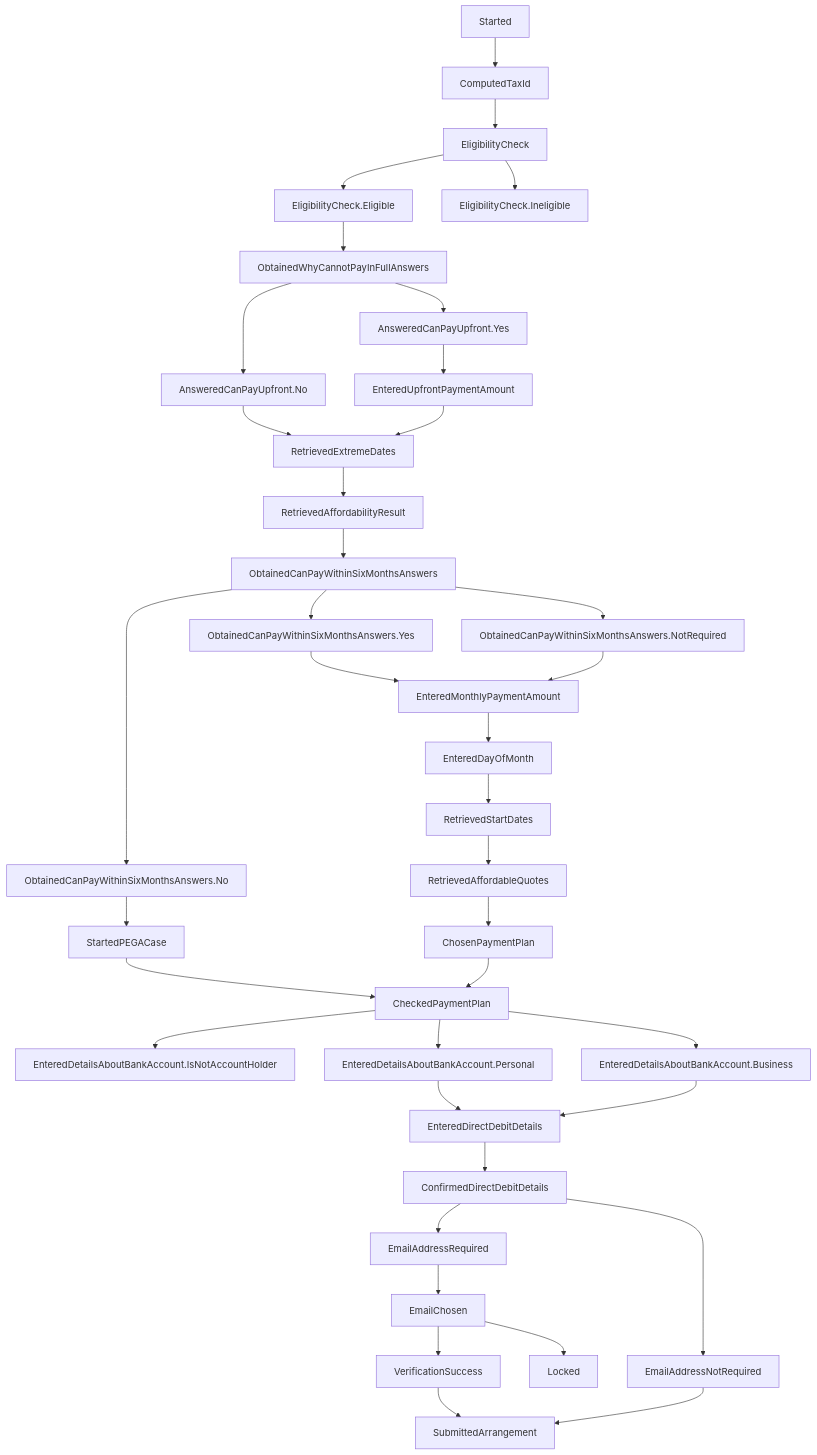
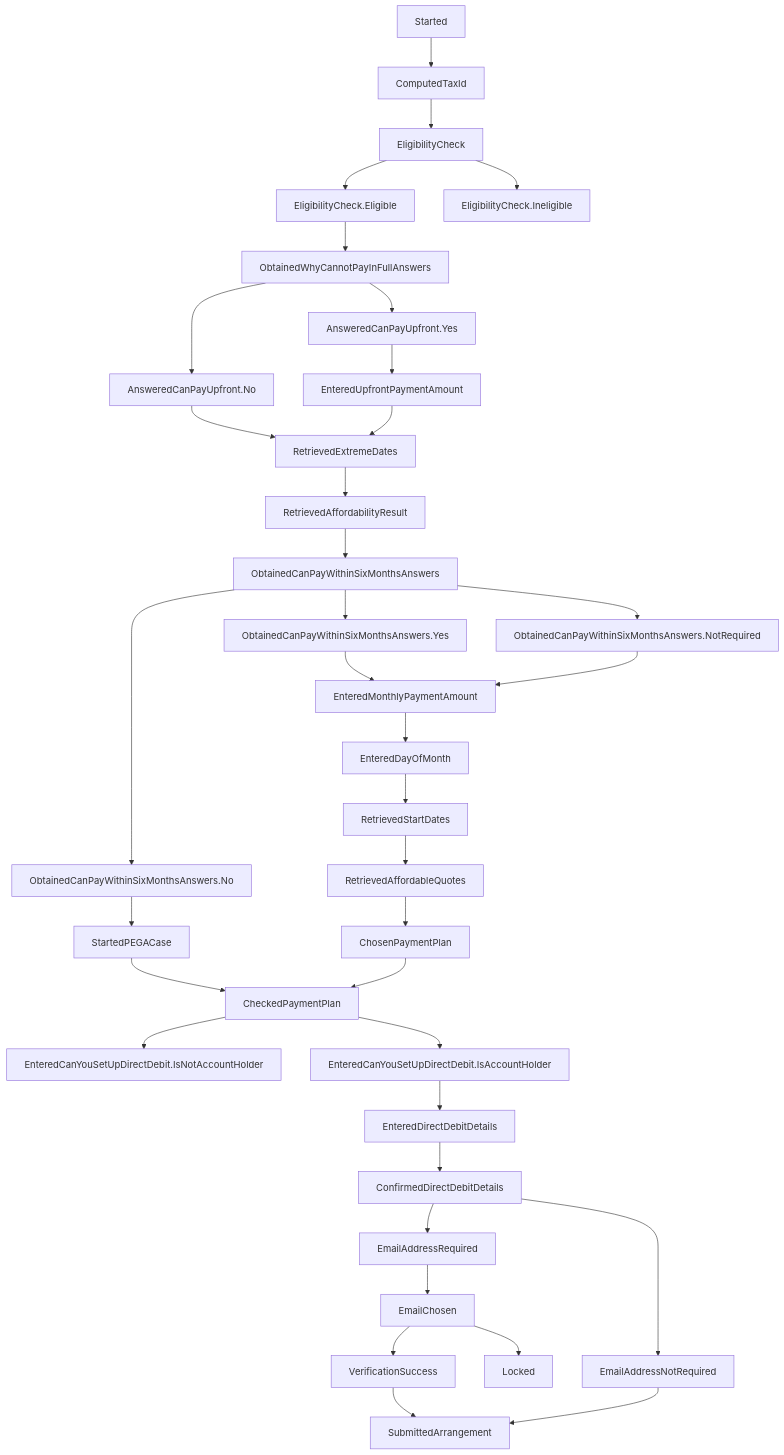
Before and after one commit to hmrc/essttp-backend: the diagram in README.md, drawn with Mermaid. The commit also changed 57 other files, not shown here.

````diff
--- a/README.md
+++ b/README.md
@@ -38,39 +38,37 @@
 ```mermaid
 graph TD;
     Started --> ComputedTaxId;
     ComputedTaxId --> EligibilityCheck;
     EligibilityCheck --> EligibilityCheck.Eligible;
     EligibilityCheck --> EligibilityCheck.Ineligible;
     EligibilityCheck.Eligible --> ObtainedWhyCannotPayInFullAnswers;
     ObtainedWhyCannotPayInFullAnswers --> AnsweredCanPayUpfront.Yes;
     ObtainedWhyCannotPayInFullAnswers --> AnsweredCanPayUpfront.No;
     AnsweredCanPayUpfront.No --> RetrievedExtremeDates;
     AnsweredCanPayUpfront.Yes --> EnteredUpfrontPaymentAmount --> RetrievedExtremeDates;
     RetrievedExtremeDates --> RetrievedAffordabilityResult;
     RetrievedAffordabilityResult --> ObtainedCanPayWithinSixMonthsAnswers;
     ObtainedCanPayWithinSixMonthsAnswers --> ObtainedCanPayWithinSixMonthsAnswers.Yes;
     ObtainedCanPayWithinSixMonthsAnswers --> ObtainedCanPayWithinSixMonthsAnswers.No;
     ObtainedCanPayWithinSixMonthsAnswers --> ObtainedCanPayWithinSixMonthsAnswers.NotRequired;
     ObtainedCanPayWithinSixMonthsAnswers.Yes --> EnteredMonthlyPaymentAmount;
     ObtainedCanPayWithinSixMonthsAnswers.No --> StartedPEGACase;
     StartedPEGACase --> CheckedPaymentPlan;
     ObtainedCanPayWithinSixMonthsAnswers.NotRequired --> EnteredMonthlyPaymentAmount;
     EnteredMonthlyPaymentAmount --> EnteredDayOfMonth;
     EnteredDayOfMonth --> RetrievedStartDates;
     RetrievedStartDates --> RetrievedAffordableQuotes;
     RetrievedAffordableQuotes --> ChosenPaymentPlan;
     ChosenPaymentPlan --> CheckedPaymentPlan;
-    CheckedPaymentPlan --> EnteredDetailsAboutBankAccount.IsNotAccountHolder;
-    CheckedPaymentPlan --> EnteredDetailsAboutBankAccount.Personal;
-    CheckedPaymentPlan --> EnteredDetailsAboutBankAccount.Business;
-    EnteredDetailsAboutBankAccount.Personal --> EnteredDirectDebitDetails;
-    EnteredDetailsAboutBankAccount.Business --> EnteredDirectDebitDetails;
+    CheckedPaymentPlan --> EnteredCanYouSetUpDirectDebit.IsNotAccountHolder;
+    CheckedPaymentPlan --> EnteredCanYouSetUpDirectDebit.IsAccountHolder;
+    EnteredCanYouSetUpDirectDebit.IsAccountHolder --> EnteredDirectDebitDetails;
     EnteredDirectDebitDetails --> ConfirmedDirectDebitDetails;
     ConfirmedDirectDebitDetails --> EmailAddressRequired;
     ConfirmedDirectDebitDetails --> EmailAddressNotRequired;
     EmailAddressRequired --> EmailChosen;
     EmailChosen --> Locked;
     EmailChosen --> VerificationSuccess;
     VerificationSuccess --> SubmittedArrangement;
     EmailAddressNotRequired --> SubmittedArrangement;
 ```
````
